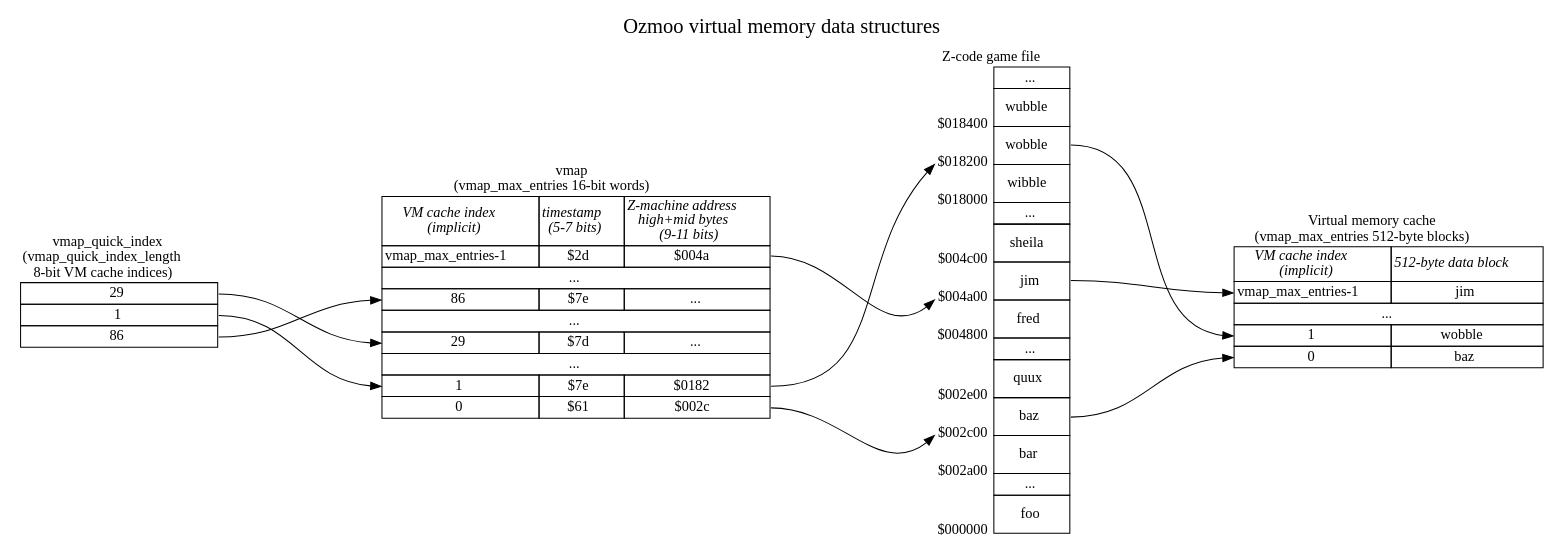
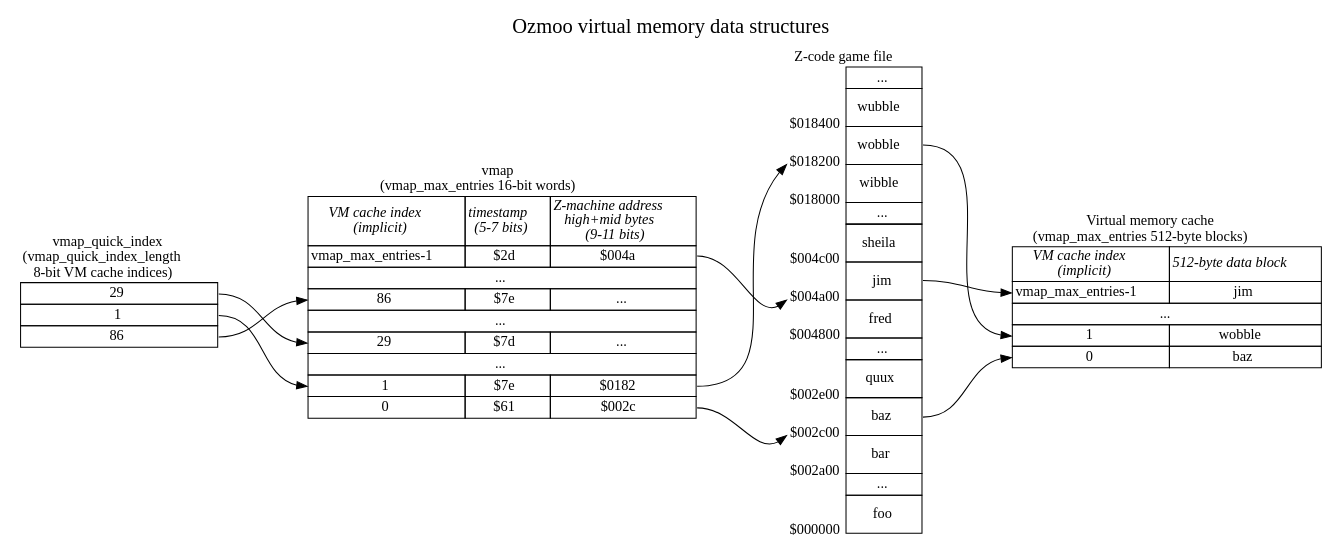
The diagram in documentation/techdocs/memory-map-1.dot (ZornsLemma/ozmoo), drawn with Graphviz before and after one commit.

Commit message:
Snapshot

```diff
--- a/documentation/techdocs/memory-map-1.dot
+++ b/documentation/techdocs/memory-map-1.dot
@@ -1,138 +1,144 @@
 digraph memory {
-    graph [nodesep=2, label="Ozmoo virtual memory data structures", fontsize=20, labelloc=t];
+    graph [nodesep=1, label="Ozmoo virtual memory data structures", fontsize=20, labelloc=t];
     forcelabels=true;
     node [shape=plaintext];
 
     # SFTODO: Rename "top" to "ram"?
     top [label=<
     <table border="0" cellborder="1" cellspacing="0">
         <!-- SFTODO: could label start of this chunk of memory vmap_first_ram_page -->
         <tr><td colspan="2" border="0">Virtual memory cache<br/>(vmap_max_entries 512-byte blocks)</td></tr>
                     <tr>
                         <td><i>VM cache index<br/>(implicit)</i></td>
                         <td><i>512-byte data block</i></td>
                     </tr>
                     <tr>
                         <td port="jim">vmap_max_entries-1</td>
                         <td>jim</td>
                     </tr>
                     <tr><td colspan="2">...</td></tr>
                     <tr>
                         <td port="wobble">1</td>
                         <td>wobble</td>
                     </tr>
                     <tr>
                         <td port="baz">0</td>
                         <td>baz</td>
                     </tr>
     </table>>];
 
     vmap [label=<
     <table border="0" cellborder="1" cellspacing="0">
         <tr><td colspan="3" border="0">vmap<br/>(vmap_max_entries 16-bit words)</td></tr>
         <tr>
             <td><i>VM cache index<br/>(implicit)</i></td>
             <td><i>timestamp<br/>(5-7 bits)</i></td>
             <td><i>Z-machine address<br/>high+mid bytes<br/>(9-11 bits)</i></td>
         </tr>
         <tr><td>vmap_max_entries-1</td><td>$2d</td><td port="z004a">$004a</td></tr>
         <tr><td colspan="3">...</td></tr>
         <tr><td port="86">86</td><td>$7e</td><td>...</td></tr>
         <tr><td colspan="3">...</td></tr>
         <tr><td port="29">29</td><td>$7d</td><td>...</td></tr>
         <tr><td colspan="3">...</td></tr>
         <tr><td port="1">1</td><td>$7e</td><td port="z0182">$0182</td></tr>
         <tr><td>0</td><td>$61</td><td port="z002c">$002c</td></tr>
     </table>>];
 
     zmachine [label=<
     <table border="0" cellspacing="0">
         <tr>
             <td colspan="2" border="0">Z-code game file</td>
         </tr>
         <tr>
             <td></td>
             <td border="1">...</td>
         </tr>
         <tr>
             <td valign="bottom"><sub>$018400</sub></td>
             <td border="1" cellpadding="10"><!-- Z-code: -->wubble</td>
         </tr>
         <tr>
             <td port="z0182" valign="bottom"><sub>$018200</sub></td>
             <td port="wobble" border="1" cellpadding="10"><!-- Z-code: -->wobble</td>
         </tr>
         <tr>
             <td valign="bottom"><sub>$018000</sub></td>
             <td border="1" cellpadding="10"><!-- Z-code: -->wibble</td>
         </tr>
         <tr>
             <td></td>
             <td border="1">...</td>
         </tr>
         <tr>
             <td valign="bottom"><sub>$004c00</sub></td>
             <td border="1" cellpadding="10"><!-- Z-code: -->sheila</td>
         </tr>
         <tr>
             <td port="z004a" valign="bottom"><sub>$004a00</sub></td>
             <td port="jim" border="1" cellpadding="10"><!-- Z-code: -->jim</td>
         </tr>
         <tr>
             <td valign="bottom"><sub>$004800</sub></td>
             <td border="1" cellpadding="10"><!-- Z-code: -->fred</td>
         </tr>
         <tr>
             <td></td>
             <td border="1">...</td>
         </tr>
         <tr>
             <td valign="bottom"><sub>$002e00</sub></td>
             <td border="1" cellpadding="10"><!-- Z-code: -->quux</td>
         </tr>
         <tr>
             <td port="z002c" valign="bottom"><sub>$002c00</sub></td>
             <td port="baz" border="1" cellpadding="10"><!-- Z-code: -->baz</td>
         </tr>
         <tr>
             <td valign="bottom"><sub>$002a00</sub></td>
             <td border="1" cellpadding="10"><!-- Z-code: -->bar</td>
         </tr>
         <tr>
             <td></td>
             <td border="1">...</td>
         </tr>
         <tr>
             <td valign="bottom"><sub>$000000</sub></td>
             <td border="1" cellpadding="10"><!-- Z-code: -->foo</td>
         </tr>
     </table>>];
 
     quickindex [label=<
     <table border="0" cellborder="1" cellspacing="0">
         <tr><td border="0">vmap_quick_index<br/>(vmap_quick_index_length<br/>8-bit VM cache indices)</td></tr>
         <tr><td port="29">29</td></tr>
         <tr><td port="1">1</td></tr>
         <tr><td port="86">86</td></tr>
     </table>>];
 
     # vmapnextquickindex [label="vmap_next_quick_index"];
 
     {rank = same; quickindex vmap zmachine top};
 
     vmap:z004a:e -> zmachine:z004a:sw;
     vmap:z002c:e -> zmachine:z002c:sw;
     vmap:z0182:e -> zmachine:z0182:sw;
 
     zmachine:jim:e -> top:jim:w;
     zmachine:wobble:e -> top:wobble:w;
     zmachine:baz:e -> top:baz:w;
 
     quickindex:1:e -> vmap:1:w;
     quickindex:29:e -> vmap:29:w;
     quickindex:86:e -> vmap:86:w;
 
     # vmapnextquickindex -> quickindex:29:w;
 }
 
+# Note that:
+# - Multiple vmap entries can share the same timestamp (as entries 1 and 86 do here), because the tick is only advanced when a block is fetched from disc but a vmap entry's timestamp is set to the current tick every time it's accessed.
+# - In general, to see if block $abcd00 is in RAM already, it's necessary to do a linear search of the whole of vmap for an entry containing the value $abcd.
+# - The vmap_quick_index entries point to the mostly recently accessed entries in vmap, and therefore those entries have the most recent timestamps in vmap. These entries are checked first to see if they are the block of interest, avoiding the need to do a linear search of the whole of vmap a lot of the time.
+# - Virtual memory blocks are always double-page-aligned, so the Z-machine address $abcd in vmap will normally have the least significant bit clear.
+
 # vi: sw=4 sts=4
```
